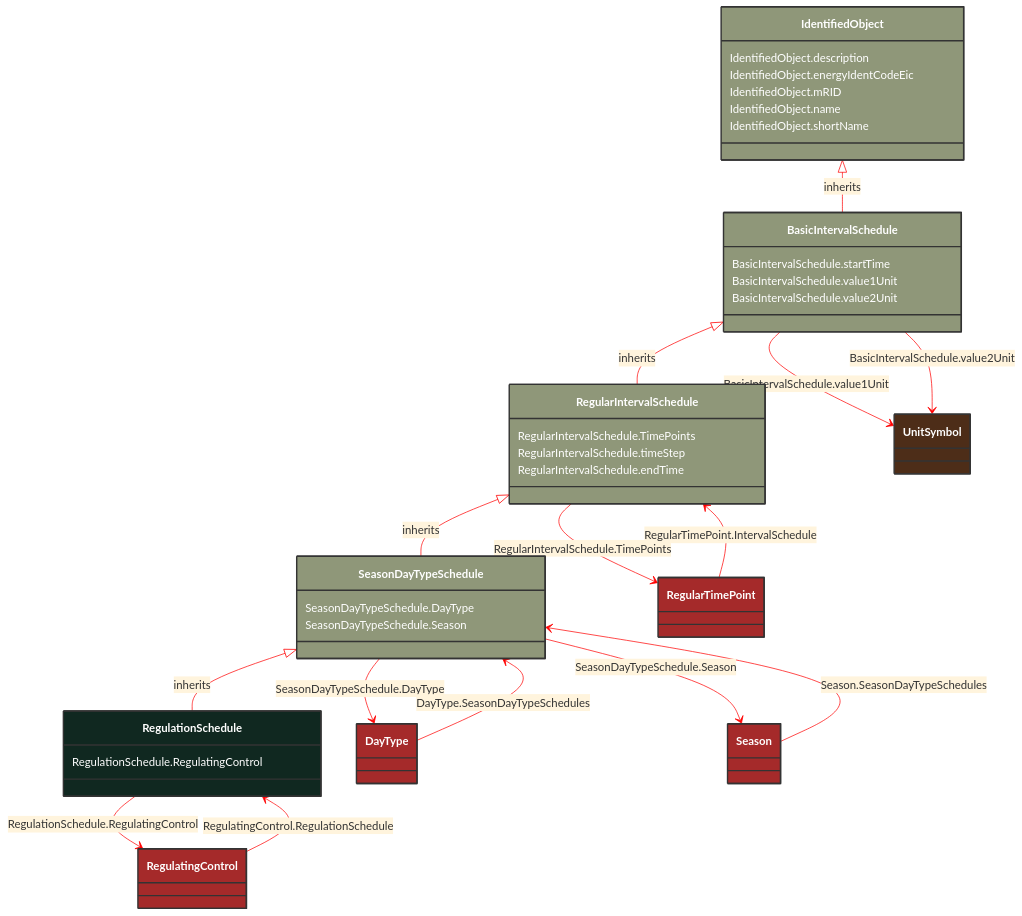
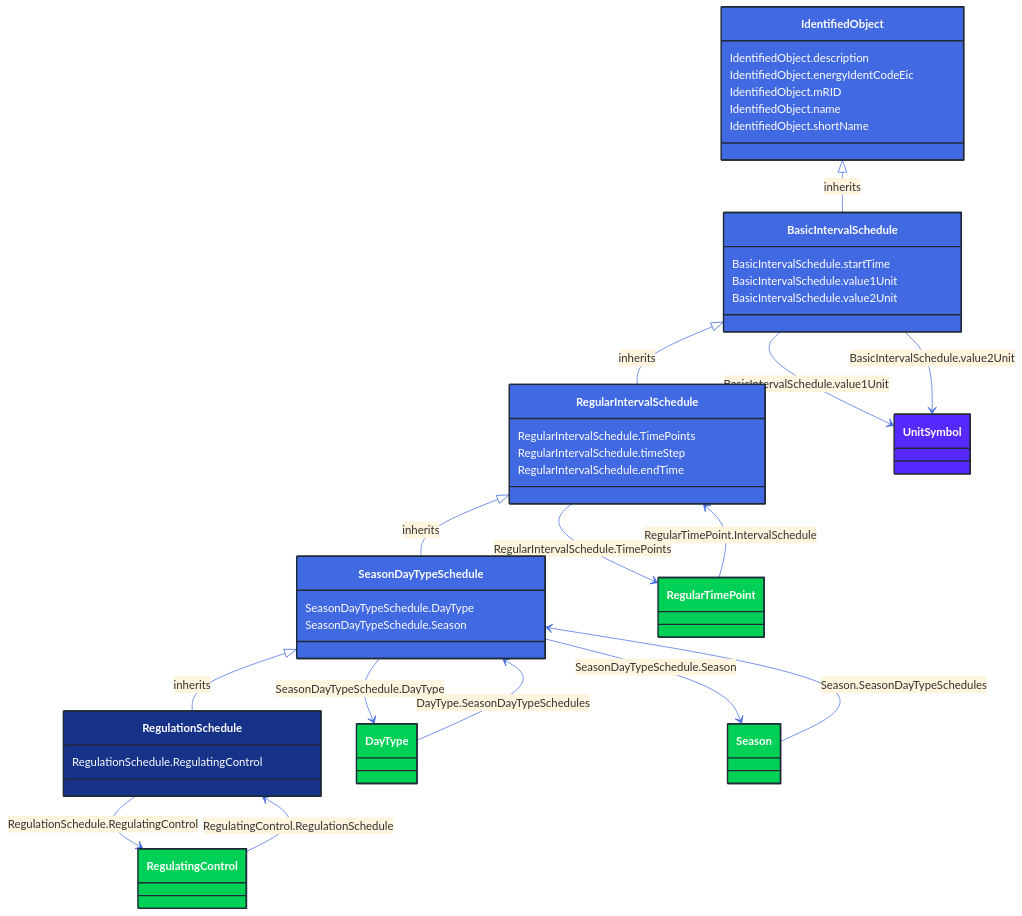
Before and after one commit to 3lbits/NoCIMExtensions: the diagram in docs/Models/Profiles/CoreEquipment/ConcreteClasses/RegulationSchedule.md, drawn with Mermaid. The commit also changed 362 other files, not shown here.

First line of the commit message:
Update diagrams and styles for improved visual consistency

````diff
--- a/docs/Models/Profiles/CoreEquipment/ConcreteClasses/RegulationSchedule.md
+++ b/docs/Models/Profiles/CoreEquipment/ConcreteClasses/RegulationSchedule.md
@@ -8,81 +8,81 @@
 ```mermaid
-%%{init: {'theme':'base','themeVariables': {'lineColor': '#FF0000'}}}%%
+%%{init: {'theme':'base','themeVariables': {'lineColor': '#4169E1'}}}%%
 classDiagram
     class RegulationSchedule
     click RegulationSchedule href "/Models/Profiles/CoreEquipment/ConcreteClasses/RegulationSchedule/"
-    style RegulationSchedule fill:#102820,stroke:#333,stroke-width:2px,rx:10,ry:10,color:white
+    style RegulationSchedule fill:#163289,stroke:#1F2A37,stroke-width:2px,rx:10,ry:10,color:white
      
         SeasonDayTypeSchedule <|-- RegulationSchedule : inherits
             click SeasonDayTypeSchedule href "/Models/Profiles/CoreEquipment/AbstractClasses/SeasonDayTypeSchedule/"
-            style SeasonDayTypeSchedule fill:#8F9779,stroke:#333,stroke-width:2px,rx:10,ry:10,color:white
+            style SeasonDayTypeSchedule fill:#4169E1,stroke:#1F2A37,stroke-width:2px,rx:10,ry:10,color:white
      
         RegularIntervalSchedule <|-- SeasonDayTypeSchedule : inherits
             click RegularIntervalSchedule href "/Models/Profiles/CoreEquipment/AbstractClasses/RegularIntervalSchedule/"
-            style RegularIntervalSchedule fill:#8F9779,stroke:#333,stroke-width:2px,rx:10,ry:10,color:white
+            style RegularIntervalSchedule fill:#4169E1,stroke:#1F2A37,stroke-width:2px,rx:10,ry:10,color:white
      
         BasicIntervalSchedule <|-- RegularIntervalSchedule : inherits
             click BasicIntervalSchedule href "/Models/Profiles/CoreEquipment/AbstractClasses/BasicIntervalSchedule/"
-            style BasicIntervalSchedule fill:#8F9779,stroke:#333,stroke-width:2px,rx:10,ry:10,color:white
+            style BasicIntervalSchedule fill:#4169E1,stroke:#1F2A37,stroke-width:2px,rx:10,ry:10,color:white
      
         IdentifiedObject <|-- BasicIntervalSchedule : inherits
             click IdentifiedObject href "/Models/Profiles/CoreEquipment/AbstractClasses/IdentifiedObject/"
-            style IdentifiedObject fill:#8F9779,stroke:#333,stroke-width:2px,rx:10,ry:10,color:white
+            style IdentifiedObject fill:#4169E1,stroke:#1F2A37,stroke-width:2px,rx:10,ry:10,color:white
 
         RegulationSchedule --> RegulatingControl : RegulationSchedule.RegulatingControl
 
         RegulatingControl
             click RegulatingControl href "/Models/Profiles/CoreEquipment/ConcreteClasses/RegulatingControl/"
-            style RegulatingControl fill:#A52A2A,stroke:#333,stroke-width:2px,rx:10,ry:10,color:white
+            style RegulatingControl fill:#00D156,stroke:#1F2A37,stroke-width:2px,rx:10,ry:10,color:white
         SeasonDayTypeSchedule --> DayType : SeasonDayTypeSchedule.DayType
 
         DayType
             click DayType href "/Models/Profiles/CoreEquipment/ConcreteClasses/DayType/"
-            style DayType fill:#A52A2A,stroke:#333,stroke-width:2px,rx:10,ry:10,color:white
+            style DayType fill:#00D156,stroke:#1F2A37,stroke-width:2px,rx:10,ry:10,color:white
         SeasonDayTypeSchedule --> Season : SeasonDayTypeSchedule.Season
 
         Season
             click Season href "/Models/Profiles/CoreEquipment/ConcreteClasses/Season/"
-            style Season fill:#A52A2A,stroke:#333,stroke-width:2px,rx:10,ry:10,color:white
+            style Season fill:#00D156,stroke:#1F2A37,stroke-width:2px,rx:10,ry:10,color:white
         RegularIntervalSchedule --> RegularTimePoint : RegularIntervalSchedule.TimePoints
 
         RegularTimePoint
             click RegularTimePoint href "/Models/Profiles/CoreEquipment/ConcreteClasses/RegularTimePoint/"
-            style RegularTimePoint fill:#A52A2A,stroke:#333,stroke-width:2px,rx:10,ry:10,color:white
+            style RegularTimePoint fill:#00D156,stroke:#1F2A37,stroke-width:2px,rx:10,ry:10,color:white
 
         DayType --> SeasonDayTypeSchedule : DayType.SeasonDayTypeSchedules
 
         DayType
             click DayType href "/Models/Profiles/CoreEquipment/ConcreteClasses/DayType/"
-            style DayType fill:#A52A2A,stroke:#333,stroke-width:2px,rx:10,ry:10,color:white
+            style DayType fill:#00D156,stroke:#1F2A37,stroke-width:2px,rx:10,ry:10,color:white
 
         RegulatingControl --> RegulationSchedule : RegulatingControl.RegulationSchedule
 
         RegulatingControl
             click RegulatingControl href "/Models/Profiles/CoreEquipment/ConcreteClasses/RegulatingControl/"
-            style RegulatingControl fill:#A52A2A,stroke:#333,stroke-width:2px,rx:10,ry:10,color:white
+            style RegulatingControl fill:#00D156,stroke:#1F2A37,stroke-width:2px,rx:10,ry:10,color:white
 
         RegularTimePoint --> RegularIntervalSchedule : RegularTimePoint.IntervalSchedule
 
         RegularTimePoint
             click RegularTimePoint href "/Models/Profiles/CoreEquipment/ConcreteClasses/RegularTimePoint/"
-            style RegularTimePoint fill:#A52A2A,stroke:#333,stroke-width:2px,rx:10,ry:10,color:white
+            style RegularTimePoint fill:#00D156,stroke:#1F2A37,stroke-width:2px,rx:10,ry:10,color:white
 
         Season --> SeasonDayTypeSchedule : Season.SeasonDayTypeSchedules
 
         Season
             click Season href "/Models/Profiles/CoreEquipment/ConcreteClasses/Season/"
-            style Season fill:#A52A2A,stroke:#333,stroke-width:2px,rx:10,ry:10,color:white
+            style Season fill:#00D156,stroke:#1F2A37,stroke-width:2px,rx:10,ry:10,color:white
 
         BasicIntervalSchedule --> UnitSymbol : BasicIntervalSchedule.value1Unit
 
         UnitSymbol
             click UnitSymbol href "/Models/Profiles/CoreEquipment/Enumerations/UnitSymbol/"
-            style UnitSymbol fill:#4D2D18,stroke:#333,stroke-width:2px,rx:10,ry:10,color:white
+            style UnitSymbol fill:#5729FF,stroke:#1F2A37,stroke-width:2px,rx:10,ry:10,color:white
         BasicIntervalSchedule --> UnitSymbol : BasicIntervalSchedule.value2Unit
 
         UnitSymbol
             click UnitSymbol href "/Models/Profiles/CoreEquipment/Enumerations/UnitSymbol/"
-            style UnitSymbol fill:#4D2D18,stroke:#333,stroke-width:2px,rx:10,ry:10,color:white
+            style UnitSymbol fill:#5729FF,stroke:#1F2A37,stroke-width:2px,rx:10,ry:10,color:white
 
         RegulationSchedule : RegulationSchedule.RegulatingControl
         SeasonDayTypeSchedule : SeasonDayTypeSchedule.DayType
````
